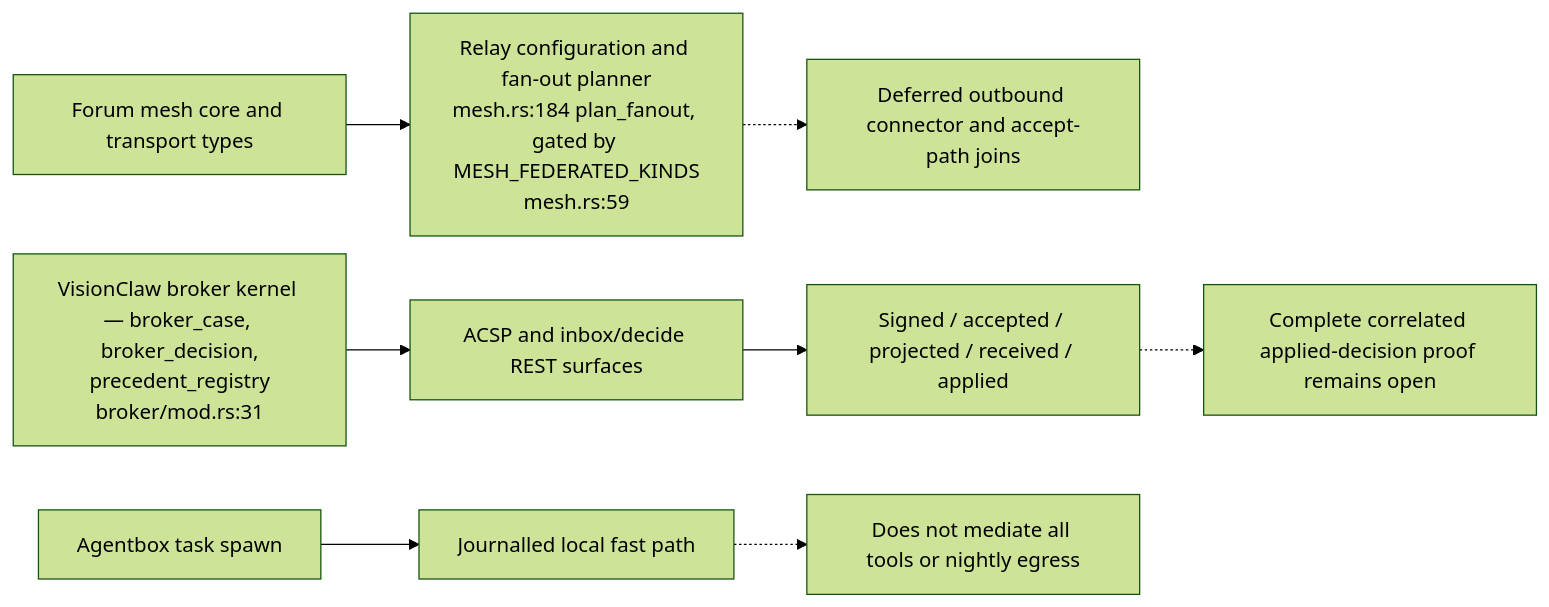
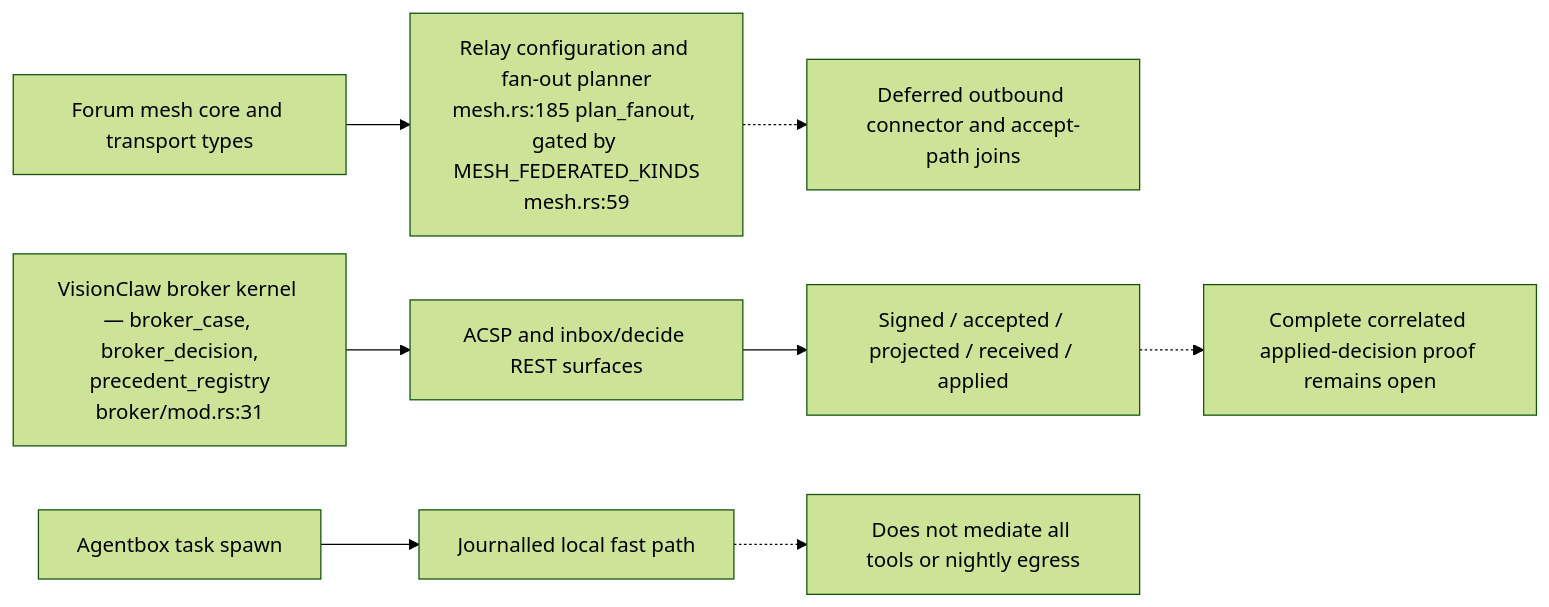
One commit to DreamLab-AI/VisionFlow changed the third of 6 diagrams in docs/diagrams/visionflow/08-compatibility-and-dependency-direction.md. Above: the diagram before and after it, drawn with Mermaid (forest theme). The commit also changed other lines of this file and 94 other files, not shown here.

First line of the commit message:
docs(diagrams): re-verify 130 topics against 2 October HEADs

````diff
--- a/docs/diagrams/visionflow/08-compatibility-and-dependency-direction.md
+++ b/docs/diagrams/visionflow/08-compatibility-and-dependency-direction.md
@@ -82,10 +82,10 @@
 ```mermaid
 flowchart LR
-    CORE["Forum mesh core and transport types"] --> PLAN["Relay configuration and fan-out planner<br/>mesh.rs:184 plan_fanout, gated by MESH_FEDERATED_KINDS<br/>mesh.rs:59"]
+    CORE["Forum mesh core and transport types"] --> PLAN["Relay configuration and fan-out planner<br/>mesh.rs:185 plan_fanout, gated by MESH_FEDERATED_KINDS<br/>mesh.rs:59"]
     PLAN -.-> JOIN["Deferred outbound connector and accept-path joins"]
     KERNEL["VisionClaw broker kernel — broker_case, broker_decision,<br/>precedent_registry<br/>broker/mod.rs:31"] --> ACSP["ACSP and inbox/decide REST surfaces"]
     TASK["Agentbox task spawn"] --> JOURNAL["Journalled local fast path"]
     ACSP --> STAGES["Signed / accepted / projected / received / applied"]
     STAGES -.-> E2E["Complete correlated applied-decision proof remains open"]
     JOURNAL -.-> LIMIT["Does not mediate all tools or nightly egress"]
 ```
````
